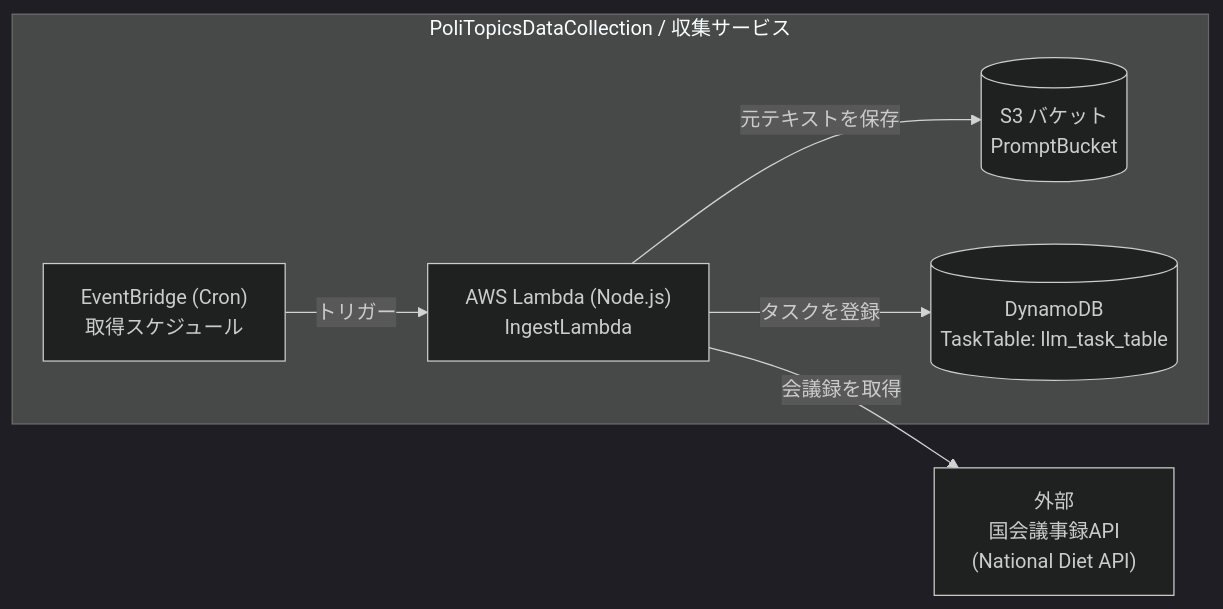
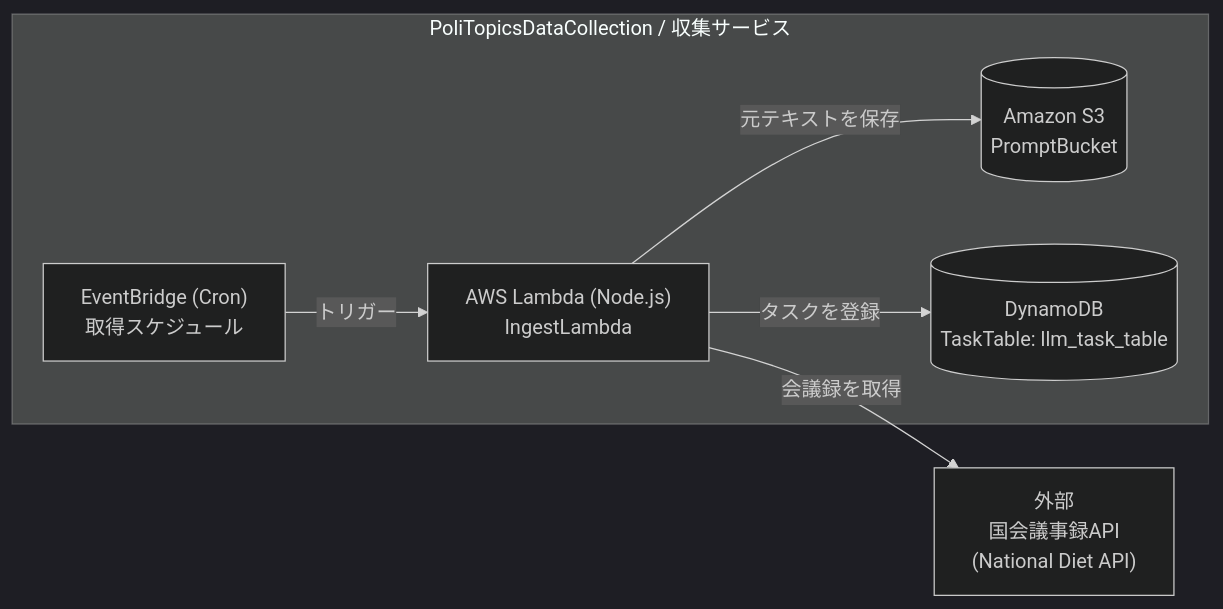
The diagram in docs/diagrams/jp/datacollection.mmd (Keyhole-Koro/PoliTopics), drawn with Mermaid (dark theme) before and after one commit. The commit also changed 55 other files, not shown here.

```diff
--- a/docs/diagrams/jp/datacollection.mmd
+++ b/docs/diagrams/jp/datacollection.mmd
@@ -1,15 +1,15 @@
 flowchart LR
   %% ========== データ収集 ==========
   subgraph DC["PoliTopicsDataCollection / 収集サービス"]
     IngestSchedule["EventBridge (Cron)<br/>取得スケジュール"]
     IngestLambda["AWS Lambda (Node.js)<br/>IngestLambda"]
-    PromptBucket[(S3 バケット<br/>PromptBucket)]
+    PromptBucket[(Amazon S3<br/>PromptBucket)]
     TaskTable[(DynamoDB<br/>TaskTable: llm_task_table)]
   end
 
   NationalDietAPI["外部<br/>国会議事録API<br/>(National Diet API)"]
 
   IngestSchedule -->|トリガー| IngestLambda
   IngestLambda -->|会議録を取得| NationalDietAPI
   IngestLambda -->|元テキストを保存| PromptBucket
   IngestLambda -->|タスクを登録| TaskTable
```
